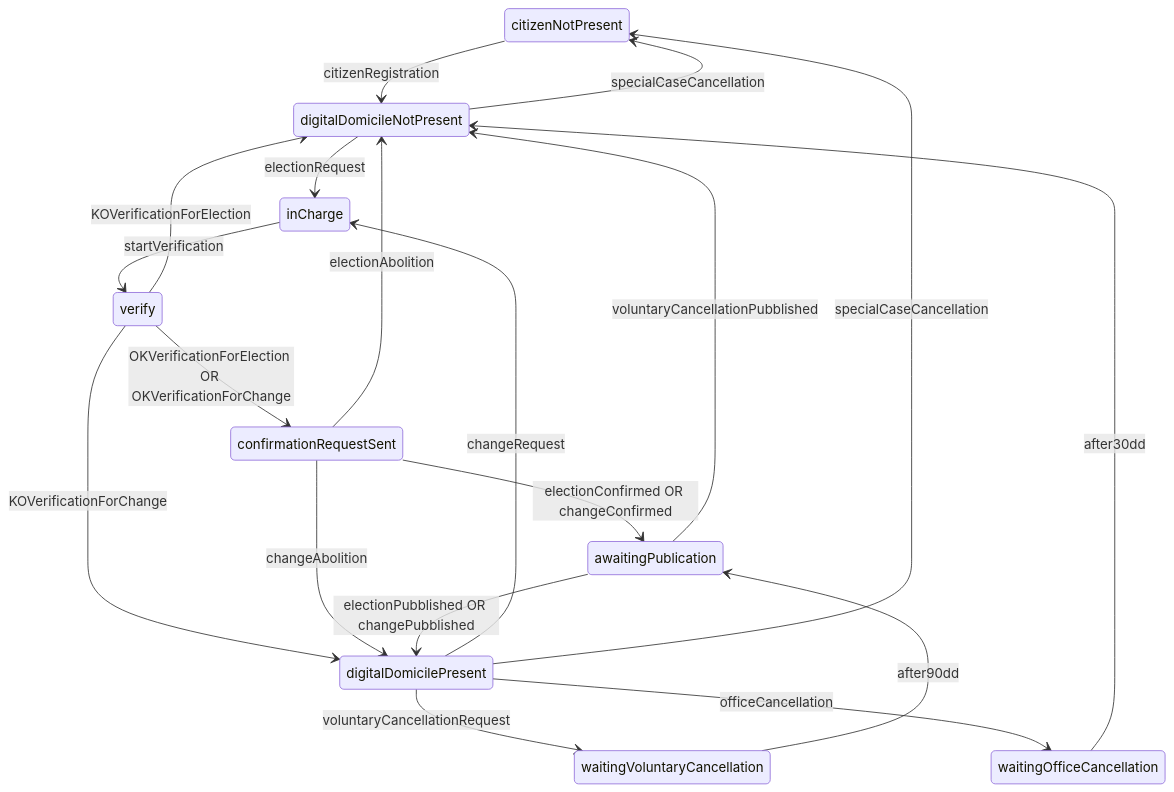
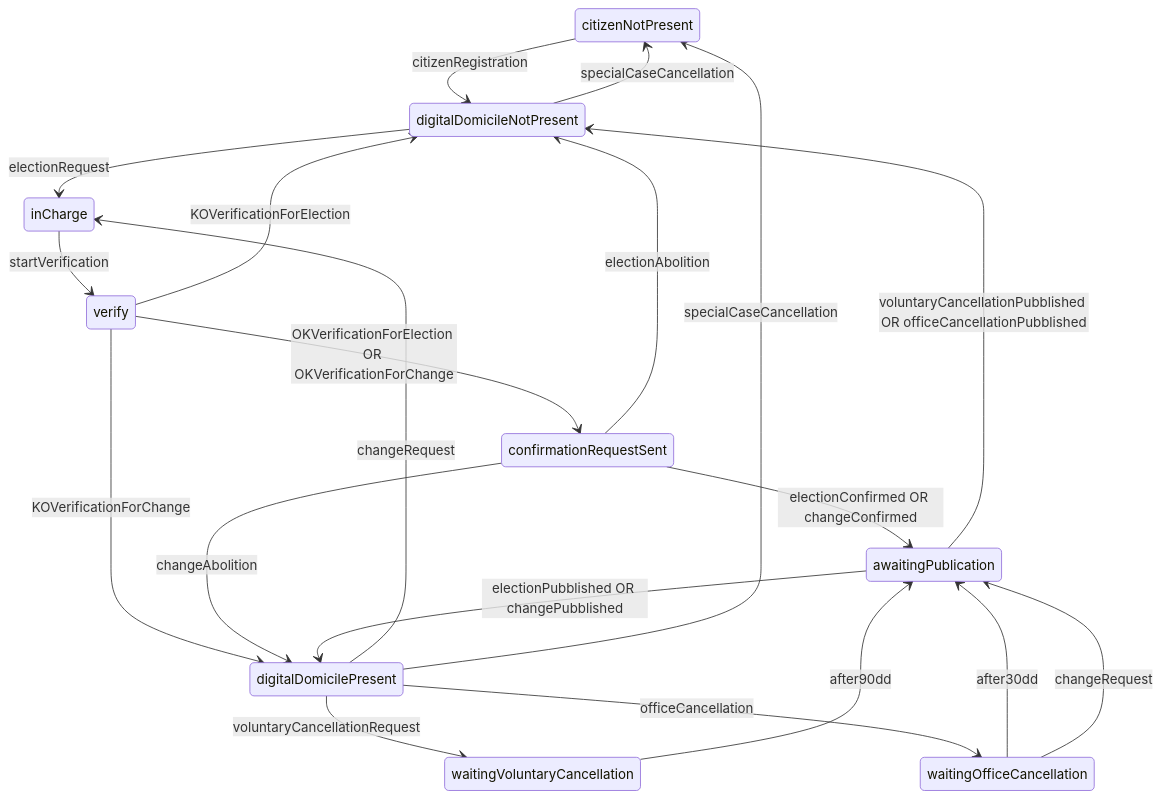
One commit to ioggstream/verify_integration_INAD_with_ANPR-IO changed the diagram in readme.md. Above: the diagram before and after it, drawn with Mermaid. The commit also changed other lines of this file and 3 other files, not shown here.

Commit message:
consolidated state diagram + deleted the duplicate citizen status notification in UC007 and UC011

````diff
--- a/readme.md
+++ b/readme.md
@@ -458,38 +458,40 @@
 ```mermaid
   stateDiagram-v2
     citizenNotPresent --> digitalDomicileNotPresent: citizenRegistration  
 
     digitalDomicileNotPresent --> inCharge: electionRequest
 
     digitalDomicilePresent --> inCharge: changeRequest 
 
     digitalDomicilePresent --> waitingVoluntaryCancellation: voluntaryCancellationRequest
 
     inCharge --> verify: startVerification
 
     verify --> confirmationRequestSent: OKVerificationForElection OR OKVerificationForChange    
 
     verify --> digitalDomicileNotPresent: KOVerificationForElection 
 
     verify --> digitalDomicilePresent: KOVerificationForChange
 
     confirmationRequestSent --> awaitingPublication: electionConfirmed OR changeConfirmed
 
     confirmationRequestSent --> digitalDomicileNotPresent: electionAbolition
 
     confirmationRequestSent --> digitalDomicilePresent: changeAbolition
 
     waitingVoluntaryCancellation --> awaitingPublication: after90dd
 
     awaitingPublication --> digitalDomicilePresent: electionPubblished OR changePubblished
 
-    awaitingPublication --> digitalDomicileNotPresent: voluntaryCancellationPubblished
+    awaitingPublication --> digitalDomicileNotPresent: voluntaryCancellationPubblished OR officeCancellationPubblished
 
     digitalDomicilePresent --> waitingOfficeCancellation: officeCancellation
 
-    waitingOfficeCancellation --> digitalDomicileNotPresent: after30dd
+    waitingOfficeCancellation --> awaitingPublication: after30dd
+
+    waitingOfficeCancellation --> awaitingPublication: changeRequest 
 
     digitalDomicilePresent --> citizenNotPresent: specialCaseCancellation
 
     digitalDomicileNotPresent --> citizenNotPresent: specialCaseCancellation
 ```
````
